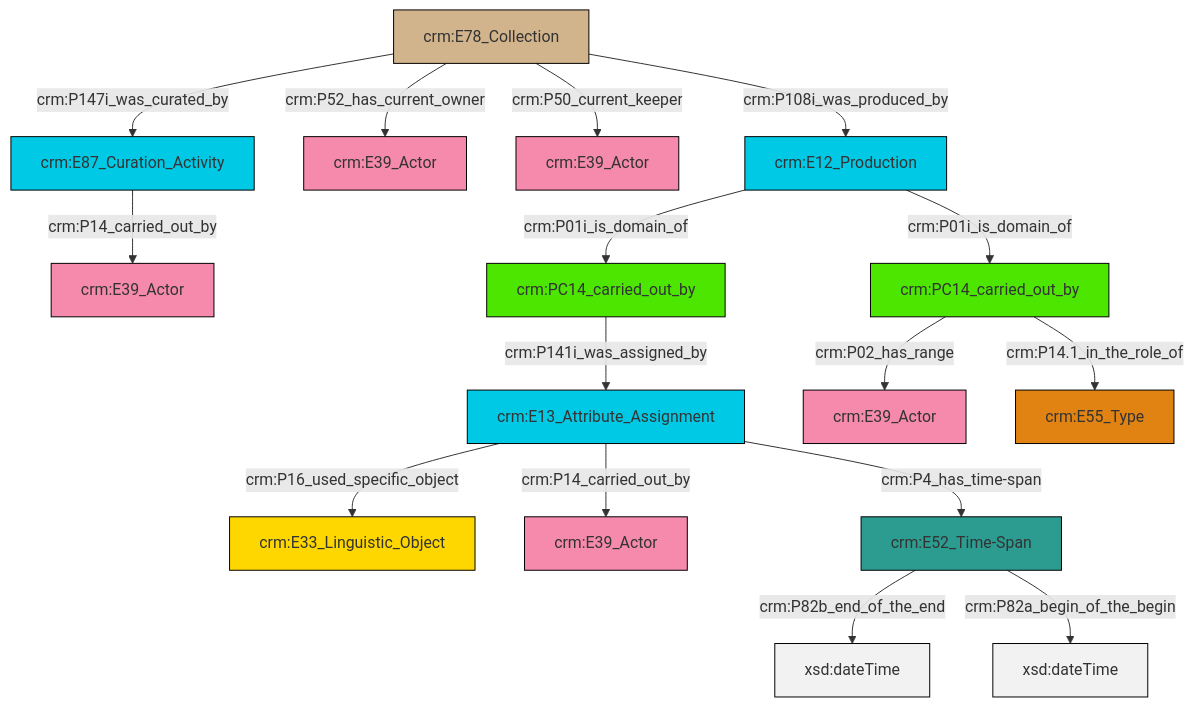
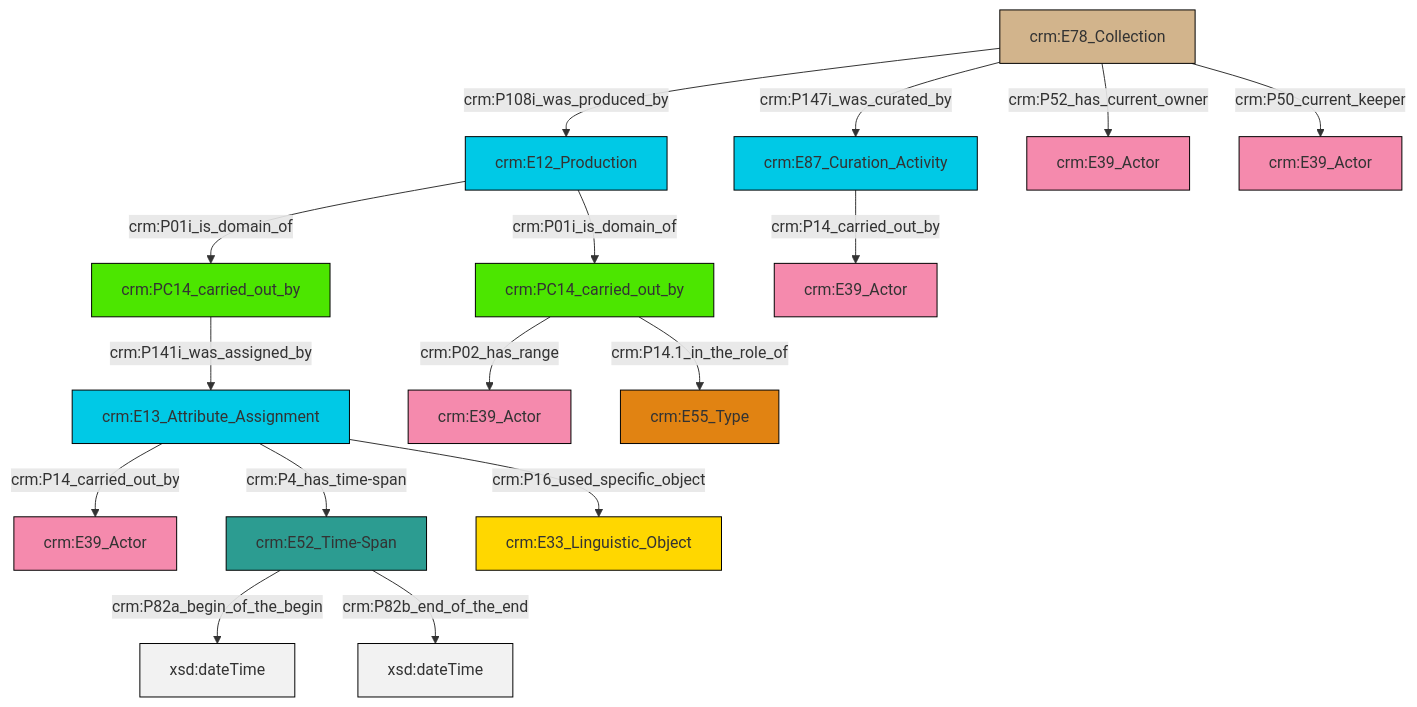
One commit to swiss-art-research-net/docs.swissartresearch changed the diagram in et/archivalCSV/ttl/mmd/archival_relation.ttl.mmd. Above: the diagram before and after it, drawn with Mermaid. The commit also changed 177 other files, not shown here.

```diff
--- a/et/archivalCSV/ttl/mmd/archival_relation.ttl.mmd
+++ b/et/archivalCSV/ttl/mmd/archival_relation.ttl.mmd
@@ -1,30 +1,30 @@
 graph TD
 classDef Literal fill:#f2f2f2,stroke:#000000;
 classDef CRM_Entity fill:#FFFFFF,stroke:#000000;
 classDef Temporal_Entity fill:#00C9E6, stroke:#000000;
 classDef Type fill:#E18312, stroke:#000000;
 classDef Time-Span fill:#2C9C91, stroke:#000000;
 classDef Appellation fill:#FFEB7F, stroke:#000000;
 classDef Place fill:#008836, stroke:#000000;
 classDef Persistent_Item fill:#B266B2, stroke:#000000;
 classDef Conceptual_Object fill:#FFD700, stroke:#000000;
 classDef Physical_Thing fill:#D2B48C, stroke:#000000;
 classDef Actor fill:#f58aad, stroke:#000000;
 classDef PC_Classes fill:#4ce600, stroke:#000000;
 classDef Multi fill:#cccccc,stroke:#000000;
 
-8["crm:E13_Attribute_Assignment"]:::Temporal_Entity -->|crm:P14_carried_out_by| 9["crm:E39_Actor"]:::Actor
-16["crm:E52_Time-Span"]:::Time-Span -->|crm:P82b_end_of_the_end| 17[xsd:dateTime]:::Literal
-0["crm:E78_Collection"]:::Physical_Thing -->|crm:P50_current_keeper| 18["crm:E39_Actor"]:::Actor
-16["crm:E52_Time-Span"]:::Time-Span -->|crm:P82a_begin_of_the_begin| 19[xsd:dateTime]:::Literal
-8["crm:E13_Attribute_Assignment"]:::Temporal_Entity -->|crm:P16_used_specific_object| 6["crm:E33_Linguistic_Object"]:::Conceptual_Object
-12["crm:PC14_carried_out_by"]:::PC_Classes -->|crm:P02_has_range| 23["crm:E39_Actor"]:::Actor
-8["crm:E13_Attribute_Assignment"]:::Temporal_Entity -->|crm:P4_has_time-span| 16["crm:E52_Time-Span"]:::Time-Span
-0["crm:E78_Collection"]:::Physical_Thing -->|crm:P147i_was_curated_by| 21["crm:E87_Curation_Activity"]:::Temporal_Entity
-0["crm:E78_Collection"]:::Physical_Thing -->|crm:P108i_was_produced_by| 10["crm:E12_Production"]:::Temporal_Entity
-12["crm:PC14_carried_out_by"]:::PC_Classes -->|crm:P14.1_in_the_role_of| 27["crm:E55_Type"]:::Type
-10["crm:E12_Production"]:::Temporal_Entity -->|crm:P01i_is_domain_of| 12["crm:PC14_carried_out_by"]:::PC_Classes
-10["crm:E12_Production"]:::Temporal_Entity -->|crm:P01i_is_domain_of| 4["crm:PC14_carried_out_by"]:::PC_Classes
-4["crm:PC14_carried_out_by"]:::PC_Classes -->|crm:P141i_was_assigned_by| 8["crm:E13_Attribute_Assignment"]:::Temporal_Entity
-21["crm:E87_Curation_Activity"]:::Temporal_Entity -->|crm:P14_carried_out_by| 2["crm:E39_Actor"]:::Actor
-0["crm:E78_Collection"]:::Physical_Thing -->|crm:P52_has_current_owner| 14["crm:E39_Actor"]:::Actor
+4["crm:E78_Collection"]:::Physical_Thing -->|crm:P108i_was_produced_by| 5["crm:E12_Production"]:::Temporal_Entity
+2["crm:E13_Attribute_Assignment"]:::Temporal_Entity -->|crm:P14_carried_out_by| 8["crm:E39_Actor"]:::Actor
+4["crm:E78_Collection"]:::Physical_Thing -->|crm:P147i_was_curated_by| 6["crm:E87_Curation_Activity"]:::Temporal_Entity
+2["crm:E13_Attribute_Assignment"]:::Temporal_Entity -->|crm:P4_has_time-span| 11["crm:E52_Time-Span"]:::Time-Span
+5["crm:E12_Production"]:::Temporal_Entity -->|crm:P01i_is_domain_of| 15["crm:PC14_carried_out_by"]:::PC_Classes
+4["crm:E78_Collection"]:::Physical_Thing -->|crm:P52_has_current_owner| 20["crm:E39_Actor"]:::Actor
+11["crm:E52_Time-Span"]:::Time-Span -->|crm:P82a_begin_of_the_begin| 23[xsd:dateTime]:::Literal
+2["crm:E13_Attribute_Assignment"]:::Temporal_Entity -->|crm:P16_used_specific_object| 12["crm:E33_Linguistic_Object"]:::Conceptual_Object
+5["crm:E12_Production"]:::Temporal_Entity -->|crm:P01i_is_domain_of| 9["crm:PC14_carried_out_by"]:::PC_Classes
+9["crm:PC14_carried_out_by"]:::PC_Classes -->|crm:P02_has_range| 17["crm:E39_Actor"]:::Actor
+6["crm:E87_Curation_Activity"]:::Temporal_Entity -->|crm:P14_carried_out_by| 21["crm:E39_Actor"]:::Actor
+9["crm:PC14_carried_out_by"]:::PC_Classes -->|crm:P14.1_in_the_role_of| 0["crm:E55_Type"]:::Type
+4["crm:E78_Collection"]:::Physical_Thing -->|crm:P50_current_keeper| 26["crm:E39_Actor"]:::Actor
+15["crm:PC14_carried_out_by"]:::PC_Classes -->|crm:P141i_was_assigned_by| 2["crm:E13_Attribute_Assignment"]:::Temporal_Entity
+11["crm:E52_Time-Span"]:::Time-Span -->|crm:P82b_end_of_the_end| 29[xsd:dateTime]:::Literal
```
